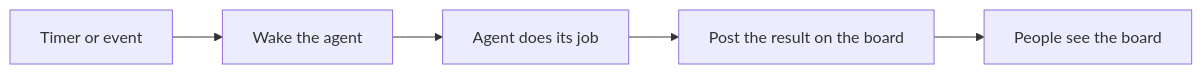
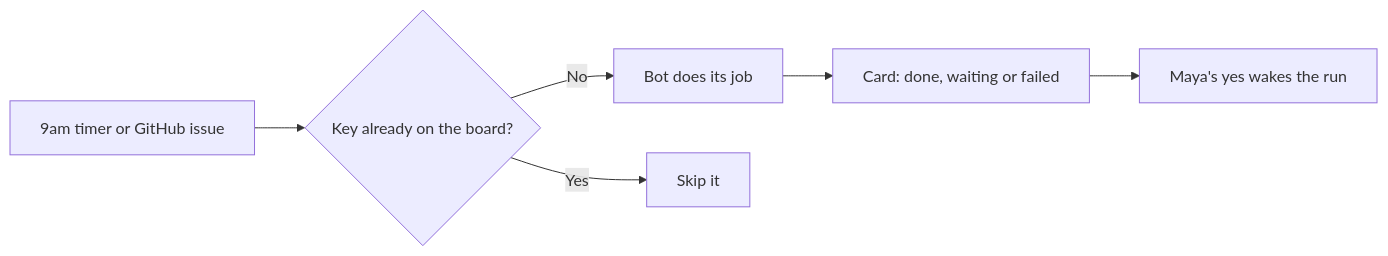
One commit to learnwithparam/agentic-ai-live-labs changed the diagram in docs/labs/35-wakeups-and-board.md. Above: the diagram before and after it, drawn with Mermaid. The commit also changed other lines of this file and 46 other files, not shown here.

````diff
--- a/docs/labs/35-wakeups-and-board.md
+++ b/docs/labs/35-wakeups-and-board.md
@@ -7,7 +7,8 @@
 ```mermaid
 flowchart LR
-  A["Timer or event"] --> B["Wake the agent"]
-  B --> C["Agent does its job"]
-  C --> D["Post the result on the board"]
-  D --> E["People see the board"]
+  A["9am timer or GitHub issue"] --> B{"Key already on the board?"}
+  B -->|"No"| C["Bot does its job"]
+  B -->|"Yes"| X["Skip it"]
+  C --> D["Card: done, waiting or failed"]
+  D --> E["Maya's yes wakes the run"]
 ```
````
